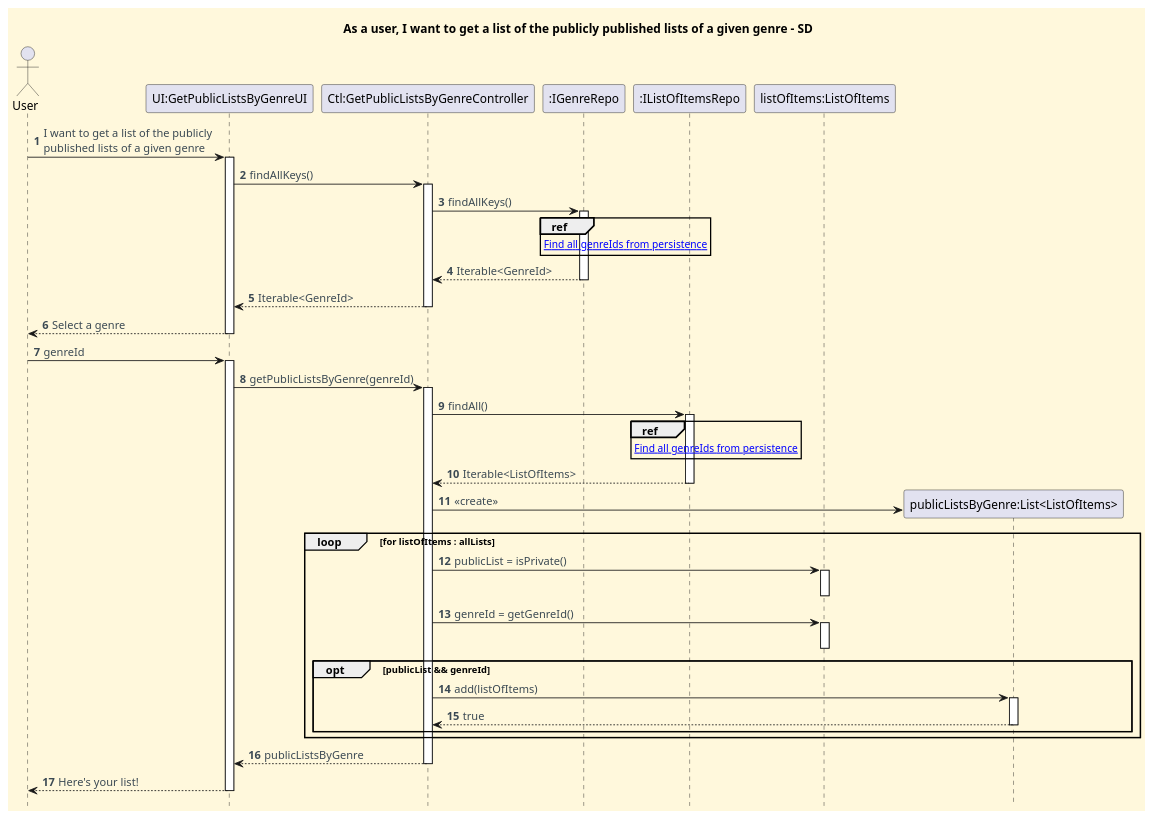
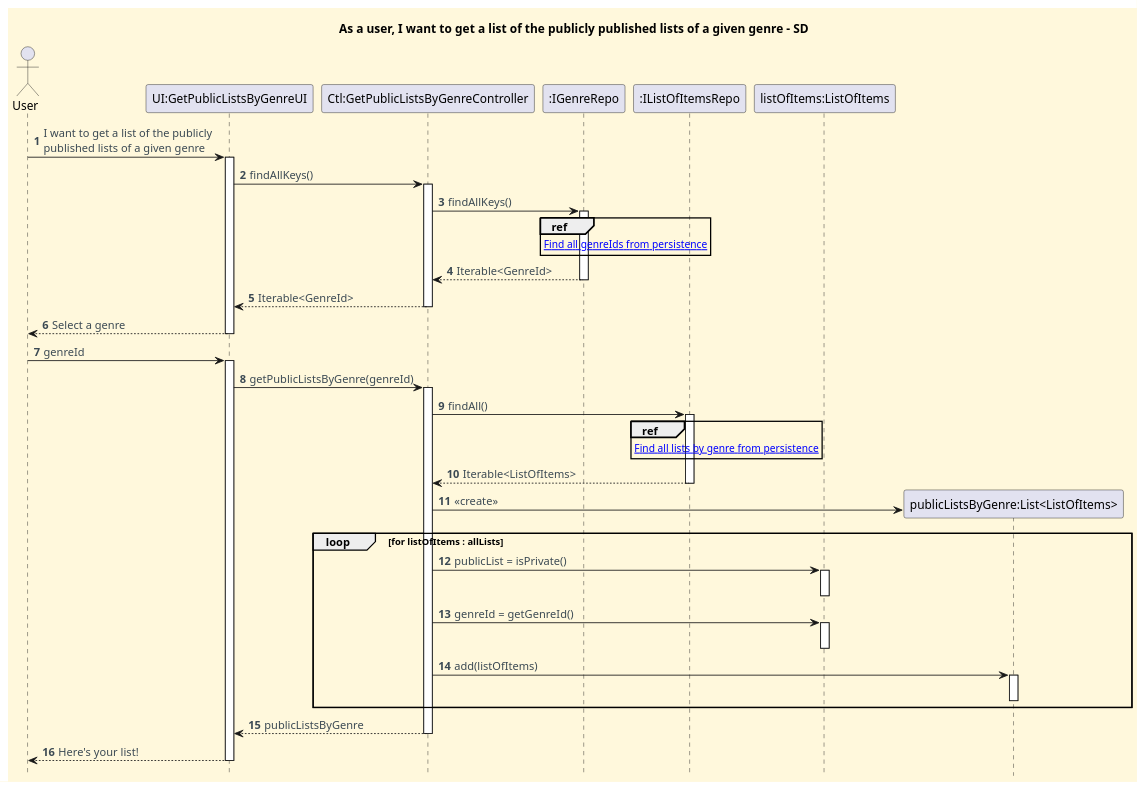
Before and after one commit to CarolinaLeite-collab/JavaMarketplacePlatform: the diagram in docs/functionalities/user/get-list-of-given-genres/Get_A_List_Given_Genres_SD.puml, drawn with PlantUML. The commit also changed 3 other files, not shown here.

Commit message:
docs: update SD and ref diagrams based on VivianSandlerISEP code review - refs #426

```diff
--- a/docs/functionalities/user/get-list-of-given-genres/Get_A_List_Given_Genres_SD.puml
+++ b/docs/functionalities/user/get-list-of-given-genres/Get_A_List_Given_Genres_SD.puml
@@ -1,90 +1,89 @@
 @startuml
 title As a user, I want to get a list of the publicly published lists of a given genre - SD
 hidefootbox
 
 skinparam monochrome false
 skinparam shadowing false
 skinparam defaultFontName Futura
 skinparam objectFontSize 20
 skinparam backgroundColor CornSilk
 skinparam objectBackgroundColor WhiteSmoke
 skinparam noteBackgroundColor #FFFFE0
 skinparam ArrowFontColor #3B4953
 skinparam ActivationBackgroundColor black
 
 autonumber
 autoactivate off
 
 actor User as U
 participant "UI:GetPublicListsByGenreUI" as UI
 participant "Ctl:GetPublicListsByGenreController" as CTL
 participant ":IGenreRepo" as GR
 participant ":IListOfItemsRepo" as R
 participant "listOfItems:ListOfItems" as LOI
 
 U -> UI: I want to get a list of the publicly \npublished lists of a given genre
 activate UI
 
 UI -> CTL: findAllKeys()
 activate CTL
 CTL -> GR: findAllKeys()
 activate GR
 
 ref over GR
 [[sd-ref-diagrams/Find_All_genreIds.puml Find all genreIds from persistence]]
 end ref
 
 GR --> CTL: Iterable<GenreId>
 deactivate GR
 
 CTL --> UI: Iterable<GenreId>
 deactivate CTL
 
 UI --> U: Select a genre
 deactivate UI
 
 U -> UI: genreId
 activate UI
 
 UI -> CTL: getPublicListsByGenre(genreId)
 activate CTL
 
 CTL -> R: findAll()
 activate R
 
 ref over R
-[[sd-ref-diagrams/Find_All_genreIds.puml Find all genreIds from persistence]]
+[[sd-ref-diagrams/Find_All_Lists_By_Genre.puml Find all lists by genre from persistence]]
 end ref
 
 R --> CTL: Iterable<ListOfItems>
 deactivate R
 
 create "publicListsByGenre:List<ListOfItems>" as List
 CTL -> List: <<create>>
 
 loop for listOfItems : allLists
     CTL -> LOI: publicList = isPrivate()
     activate LOI
 
     deactivate LOI
 
     CTL -> LOI: genreId = getGenreId()
     activate LOI
 
     deactivate LOI
 
-    opt publicList && genreId
-        CTL -> List: add(listOfItems)
-        activate List
-        CTL <-- List: true
-        deactivate List
-    end
+
+CTL -> List: add(listOfItems)
+activate List
+deactivate List
+
 end
 
 CTL --> UI: publicListsByGenre
 deactivate CTL
 
 UI --> U: Here's your list!
 deactivate UI
 
 @enduml
```
